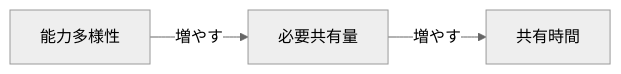
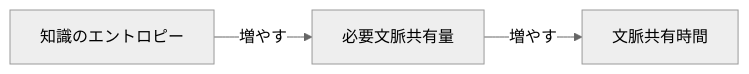
Before and after one commit to iwasa-kosui/monorepo: the first of 7 diagrams in apps/kosui-me/src/content/posts/2026-04-29-organizing-around-customer-value.mdx, drawn with Mermaid (neutral theme). The commit also changed other lines of this file, not shown here.

````diff
--- a/apps/kosui-me/src/content/posts/2026-04-29-organizing-around-customer-value.mdx
+++ b/apps/kosui-me/src/content/posts/2026-04-29-organizing-around-customer-value.mdx
@@ -28,8 +28,8 @@
 ```mermaid
 flowchart LR
-    A1["能力多様性"]
-    B["必要共有量"]
-    C["共有時間"]
+    A1["知識のエントロピー"]
+    B["必要文脈共有量"]
+    C["文脈共有時間"]
     A1 -->|増やす| B
     B -->|増やす| C
 ```
````
